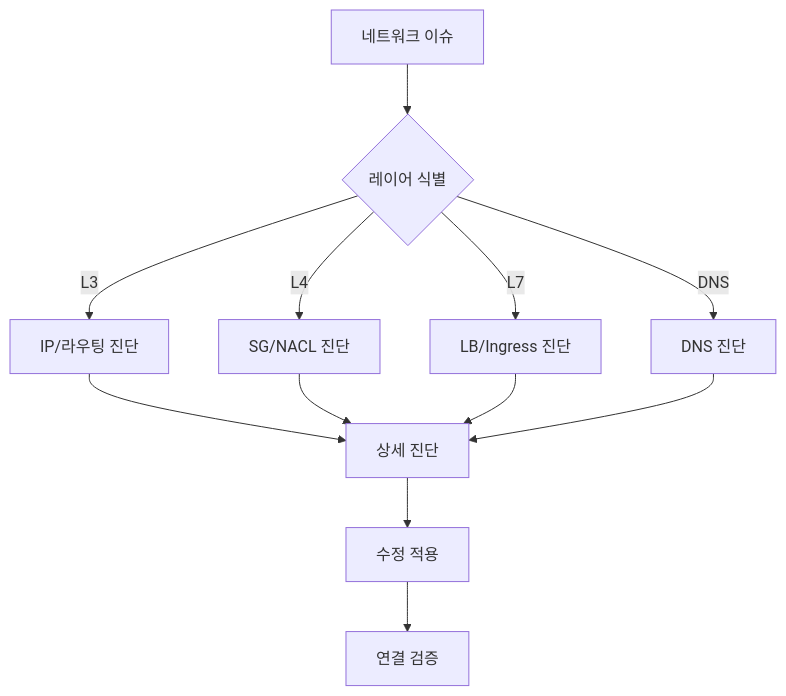
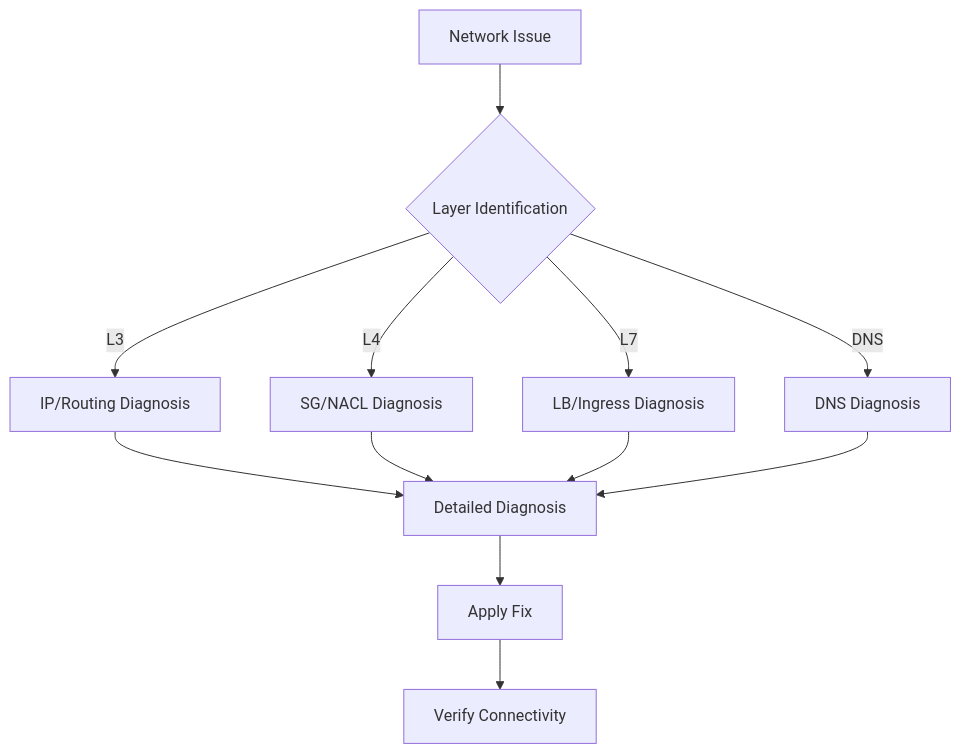
One commit to Atom-oh/oh-my-cloud-skills changed the diagram in docs/docs/aws-ops-plugin/skills/ops-network-diagnosis.md. Above: the diagram before and after it, drawn with Mermaid. The commit also changed other lines of this file and 18 other files, not shown here.

````diff
--- a/docs/docs/aws-ops-plugin/skills/ops-network-diagnosis.md
+++ b/docs/docs/aws-ops-plugin/skills/ops-network-diagnosis.md
@@ -24,16 +23,16 @@
 ```mermaid
 flowchart TD
-    START[네트워크 이슈] --> LAYER{레이어 식별}
-    LAYER -->|L3| IP[IP/라우팅 진단]
-    LAYER -->|L4| TRANSPORT[SG/NACL 진단]
-    LAYER -->|L7| APP[LB/Ingress 진단]
-    LAYER -->|DNS| DNS[DNS 진단]
+    START[Network Issue] --> LAYER{Layer Identification}
+    LAYER -->|L3| IP[IP/Routing Diagnosis]
+    LAYER -->|L4| TRANSPORT[SG/NACL Diagnosis]
+    LAYER -->|L7| APP[LB/Ingress Diagnosis]
+    LAYER -->|DNS| DNS[DNS Diagnosis]
 
-    IP --> DIAG[상세 진단]
+    IP --> DIAG[Detailed Diagnosis]
     TRANSPORT --> DIAG
     APP --> DIAG
     DNS --> DIAG
 
-    DIAG --> FIX[수정 적용]
-    FIX --> VERIFY[연결 검증]
+    DIAG --> FIX[Apply Fix]
+    FIX --> VERIFY[Verify Connectivity]
 ```
````
